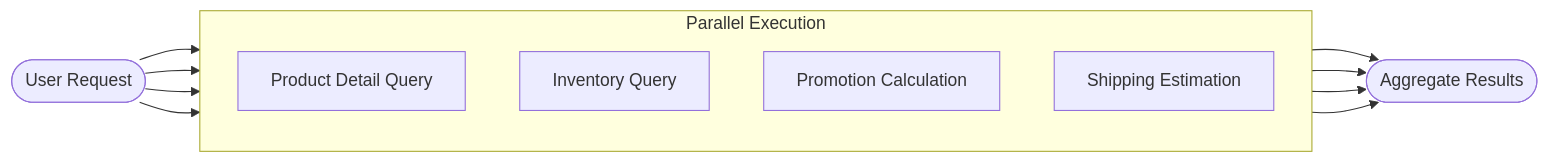
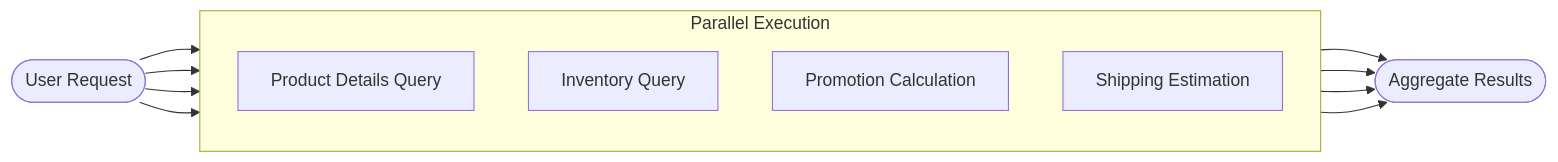
Before and after one commit to TBice123123/langchain-dev-utils: the second of 3 diagrams in docs/en/adavance-guide/graph.md, drawn with Mermaid. The commit also changed other lines of this file and 21 other files, not shown here.

````diff
--- a/docs/en/adavance-guide/graph.md
+++ b/docs/en/adavance-guide/graph.md
@@ -189,24 +187,24 @@
 ```mermaid
 graph LR
     Start([User Request])
     
     subgraph Parallel [Parallel Execution]
         direction TB
-        Prod[Product Detail Query]
+        Prod[Product Details Query]
         Inv[Inventory Query]
         Prom[Promotion Calculation]
         Ship[Shipping Estimation]
     end
     
     End([Aggregate Results])
 
     Start --> Prod
     Start --> Inv
     Start --> Prom
     Start --> Ship
 
     Prod --> End
     Inv --> End
     Prom --> End
     Ship --> End
 ```
````
